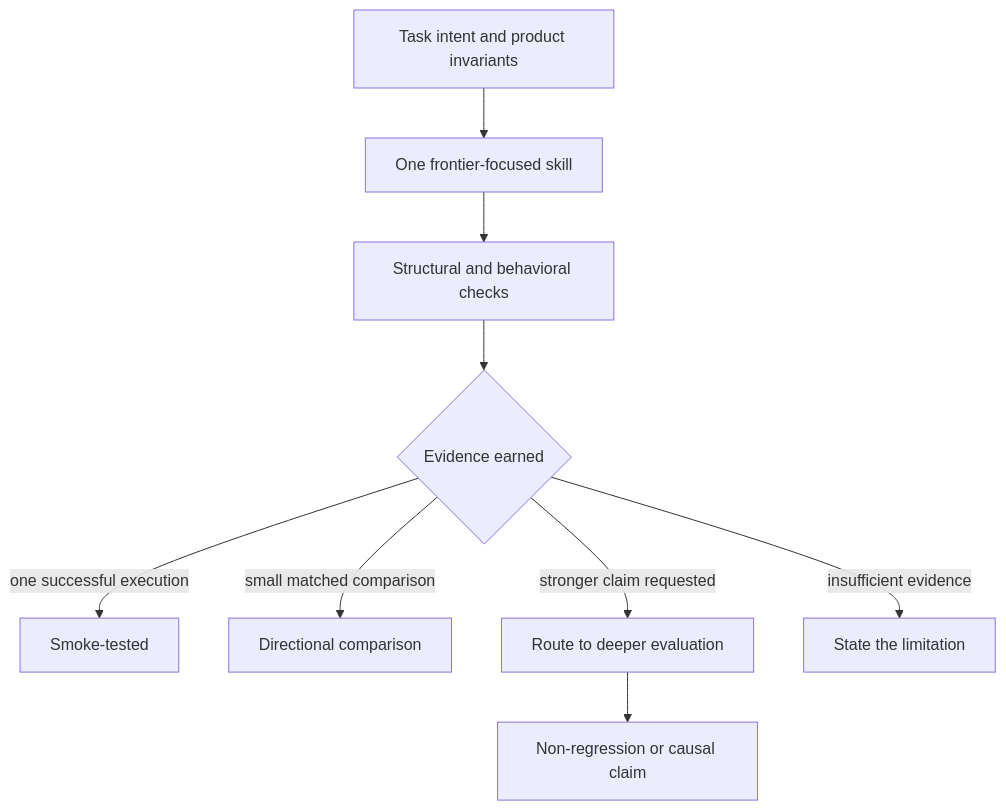
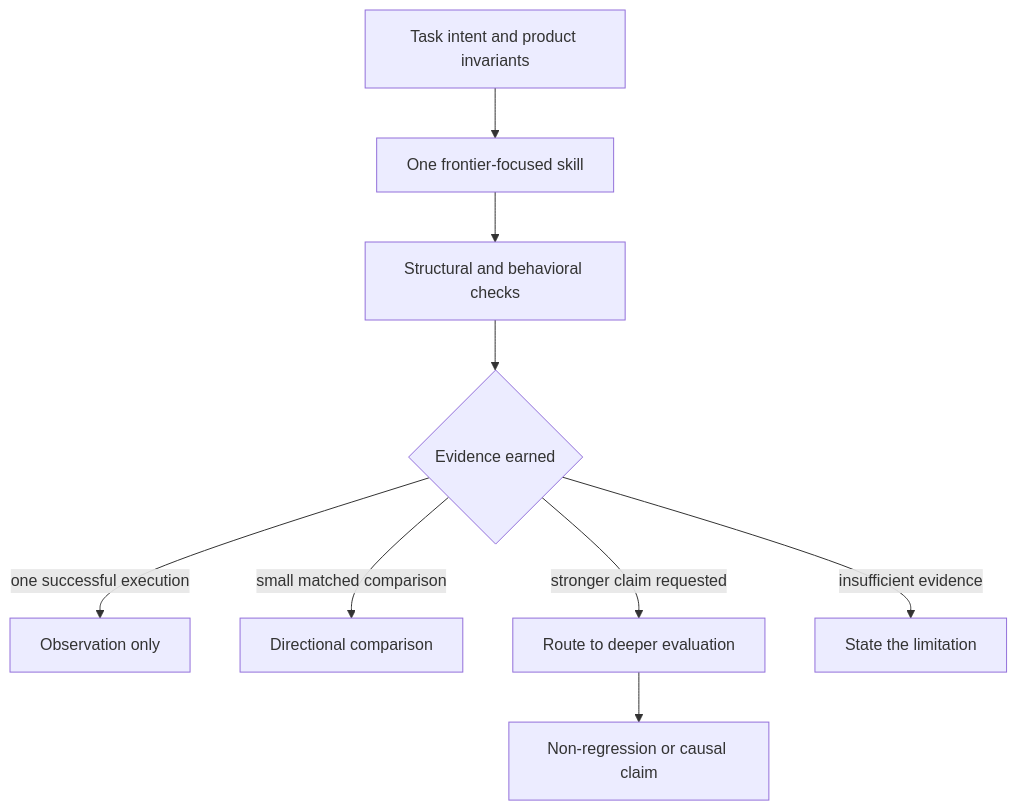
The first of 3 diagrams in docs/plans/2026-07-27-001-refactor-creating-portable-skills-frontier-retune-plan.md (jrgilbertson/the-rookery), drawn with Mermaid before and after one commit. The commit also changed other lines of this file and 12 other files, not shown here.

````diff
--- a/docs/plans/2026-07-27-001-refactor-creating-portable-skills-frontier-retune-plan.md
+++ b/docs/plans/2026-07-27-001-refactor-creating-portable-skills-frontier-retune-plan.md
@@ -96,11 +96,11 @@
 ```mermaid
 flowchart TB
   INTENT[Task intent and product invariants] --> CORE[One frontier-focused skill]
   CORE --> CHECKS[Structural and behavioral checks]
   CHECKS --> EVIDENCE{Evidence earned}
-  EVIDENCE -->|one successful execution| SMOKE[Smoke-tested]
+  EVIDENCE -->|one successful execution| OBSERVE[Observation only]
   EVIDENCE -->|small matched comparison| DIRECTION[Directional comparison]
   EVIDENCE -->|stronger claim requested| DEEP[Route to deeper evaluation]
   DEEP --> STRONG[Non-regression or causal claim]
   EVIDENCE -->|insufficient evidence| LIMIT[State the limitation]
 ```
````
